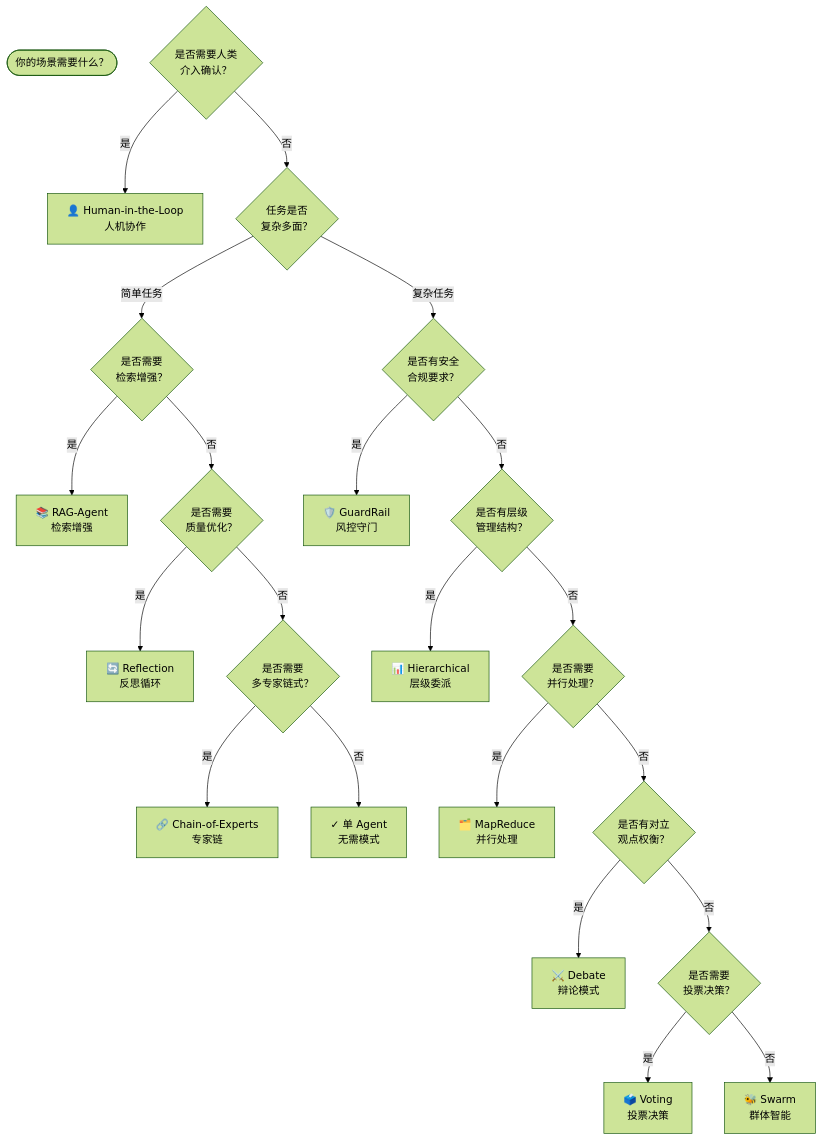
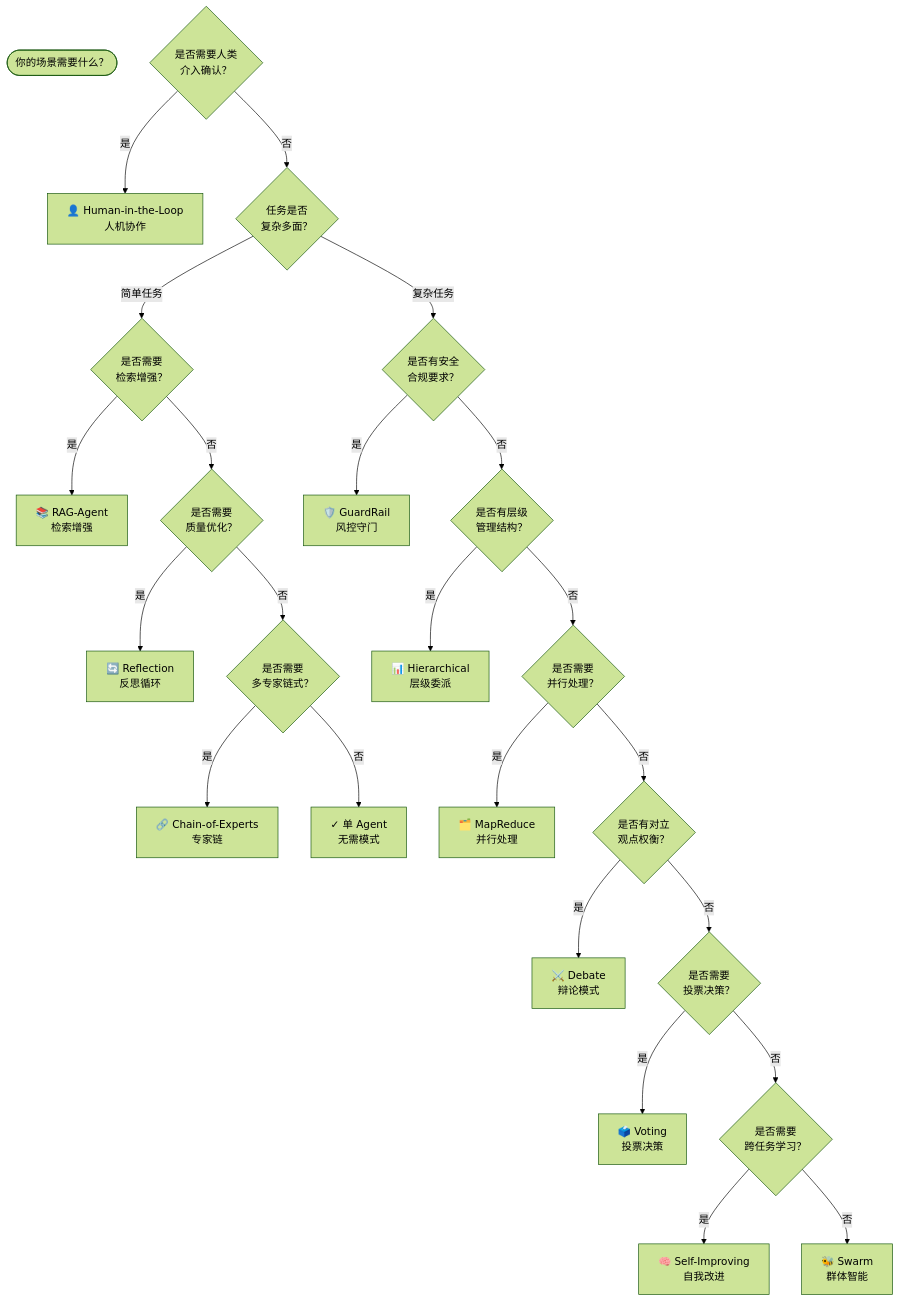
One commit to iuyup/AgentFlow changed the diagram in web/docs/guide/selection.md. Above: the diagram before and after it, drawn with Mermaid (forest theme). The commit also changed other lines of this file and 2 other files, not shown here.

````diff
--- a/web/docs/guide/selection.md
+++ b/web/docs/guide/selection.md
@@ -10,50 +10,54 @@
 ```mermaid
 flowchart TD
     Start(["你的场景需要什么？"])
     
     Q1{是否需要人类<br/>介入确认？}
     Q1-- 是 --> Hitl["👤 Human-in-the-Loop<br/>人机协作"]
     Q1-- 否 --> Q2{任务是否<br/>复杂多面？}
     
     Q2-- 简单任务 --> Q3{是否需要<br/>检索增强？}
     Q2-- 复杂任务 --> Q4{是否有安全<br/>合规要求？}
     
     Q3-- 是 --> RAG["📚 RAG-Agent<br/>检索增强"]
     Q3-- 否 --> Q5{是否需要<br/>质量优化？}
     
     Q5-- 是 --> Refl["🔄 Reflection<br/>反思循环"]
     Q5-- 否 --> Q6{是否需要<br/>多专家链式？}
     
     Q6-- 是 --> CoE["🔗 Chain-of-Experts<br/>专家链"]
     Q6-- 否 --> Single["✓ 单 Agent<br/>无需模式"]
     
     Q4-- 是 --> Guard["🛡️ GuardRail<br/>风控守门"]
     Q4-- 否 --> Q7{是否有层级<br/>管理结构？}
     
     Q7-- 是 --> Hier["📊 Hierarchical<br/>层级委派"]
     Q7-- 否 --> Q8{是否需要<br/>并行处理？}
     
     Q8-- 是 --> MR["🗂️ MapReduce<br/>并行处理"]
     Q8-- 否 --> Q9{是否有对立<br/>观点权衡？}
     
     Q9-- 是 --> Deb["⚔️ Debate<br/>辩论模式"]
     Q9-- 否 --> Q10{是否需要<br/>投票决策？}
     
     Q10-- 是 --> Vot["🗳️ Voting<br/>投票决策"]
-    Q10-- 否 --> Swarm["🐝 Swarm<br/>群体智能"]
-    
+    Q10-- 否 --> Q11{是否需要<br/>跨任务学习？}
+
+    Q11-- 是 --> SI["🧠 Self-Improving<br/>自我改进"]
+    Q11-- 否 --> Swarm["🐝 Swarm<br/>群体智能"]
+
     class Start terminal
-    class Q1,Q2,Q3,Q4,Q5,Q6,Q7,Q8,Q9,Q10 decision
-    class Hitl,RAG,Refl,CoE,Single,Hier,MR,Deb,Vot,Swarm,Guard pattern
+    class Q1,Q2,Q3,Q4,Q5,Q6,Q7,Q8,Q9,Q10,Q11 decision
+    class Hitl,RAG,Refl,CoE,Single,Hier,MR,Deb,Vot,Swarm,Guard,SI pattern
     
     click Hitl href "/patterns/human_in_the_loop_zh/"
     click RAG href "/patterns/rag_agent_zh/"
     click Refl href "/patterns/reflection_zh/"
     click CoE href "/patterns/chain_of_experts_zh/"
     click Hier href "/patterns/hierarchical_zh/"
     click MR href "/patterns/map_reduce_zh/"
     click Deb href "/patterns/debate_zh/"
     click Vot href "/patterns/voting_zh/"
     click Swarm href "/patterns/swarm_zh/"
     click Guard href "/patterns/guardrail_zh/"
+    click SI href "/patterns/self_improving_zh/"
 ```
````
